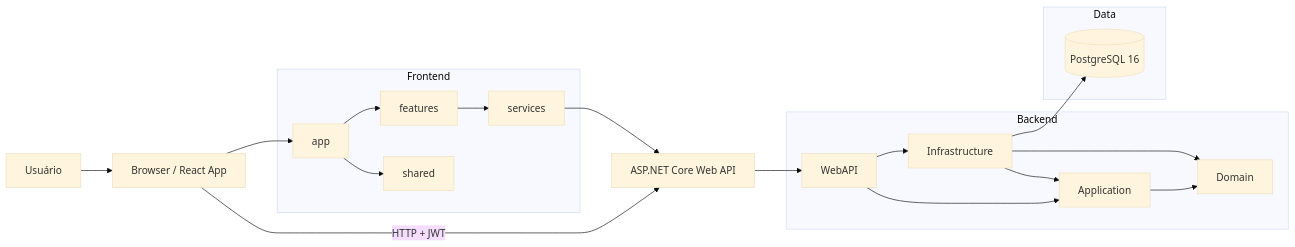
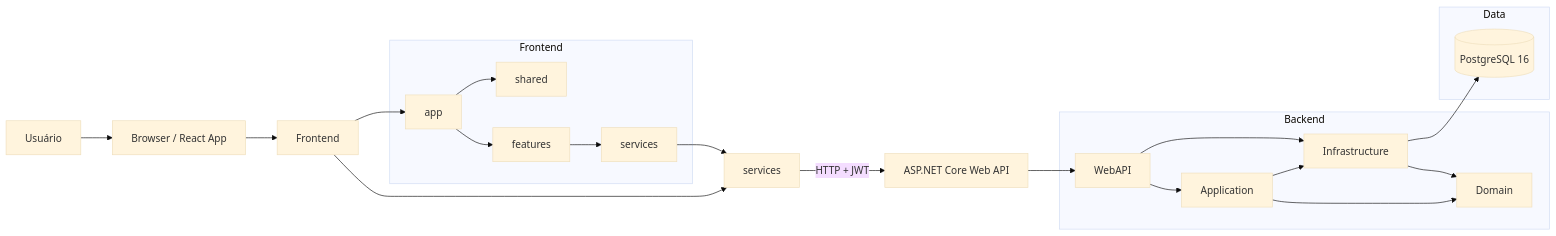
Before and after one commit to JoaoWMHentz/AgendeX: the first of 3 diagrams in README.md, drawn with Mermaid (base theme). The commit also changed other lines of this file, not shown here.

Commit message:
feat: update README with improved frontend architecture diagram and request flow explanation

````diff
--- a/README.md
+++ b/README.md
@@ -73,37 +73,39 @@
 ```mermaid
 flowchart LR
 	U[Usuário] --> B[Browser / React App]
-	B -->|HTTP + JWT| API[ASP.NET Core Web API]
+	B --> F[Frontend]
+	F --> S[services]
+	S -->|HTTP + JWT| API[ASP.NET Core Web API]
 
 	subgraph Frontend
 		FE_APP[app]
 		FE_FEATURES[features]
 		FE_SHARED[shared]
 		FE_SERVICES[services]
 	end
 
 	subgraph Backend
 		WEB[WebAPI]
 		APP[Application]
 		DOM[Domain]
 		INF[Infrastructure]
 	end
 
 	subgraph Data
 		PG[(PostgreSQL 16)]
 	end
 
-	B --> FE_APP
+	F --> FE_APP
 	FE_APP --> FE_FEATURES
 	FE_APP --> FE_SHARED
 	FE_FEATURES --> FE_SERVICES
-	FE_SERVICES --> API
+	FE_SERVICES --> S
 
 	API --> WEB
 	WEB --> APP
 	APP --> DOM
+	WEB --> INF
+	APP --> INF
 	INF --> DOM
-	INF --> APP
-	WEB --> INF
 	INF --> PG
 ```
````
